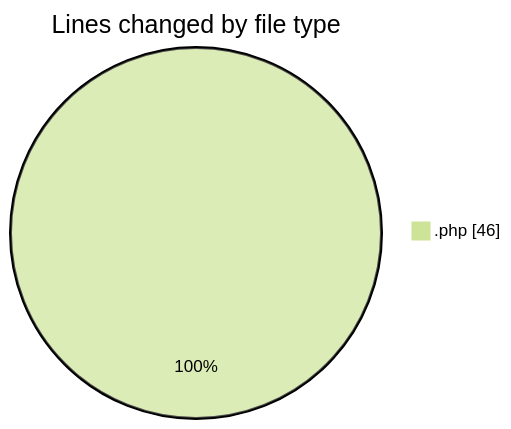
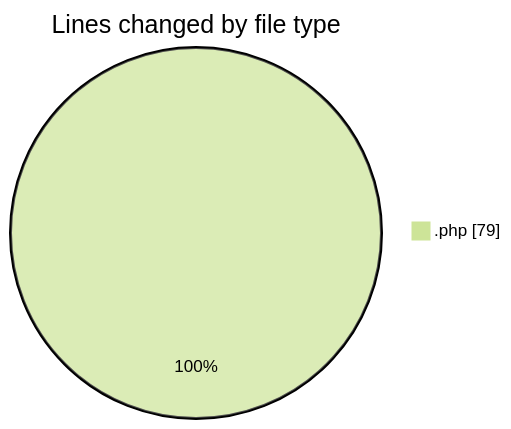
Before and after one commit to LanceThiago/code-tracking: the first of 2 diagrams in 2025-06-30/web/README.md, drawn with Mermaid (forest theme). The commit also changed other lines of this file and 1 other file, not shown here.

````diff
--- a/2025-06-30/web/README.md
+++ b/2025-06-30/web/README.md
@@ -20,5 +20,5 @@
 ```mermaid
 pie showData
 title Lines changed by file type
-".php" : 46
+".php" : 79
 ```
````
